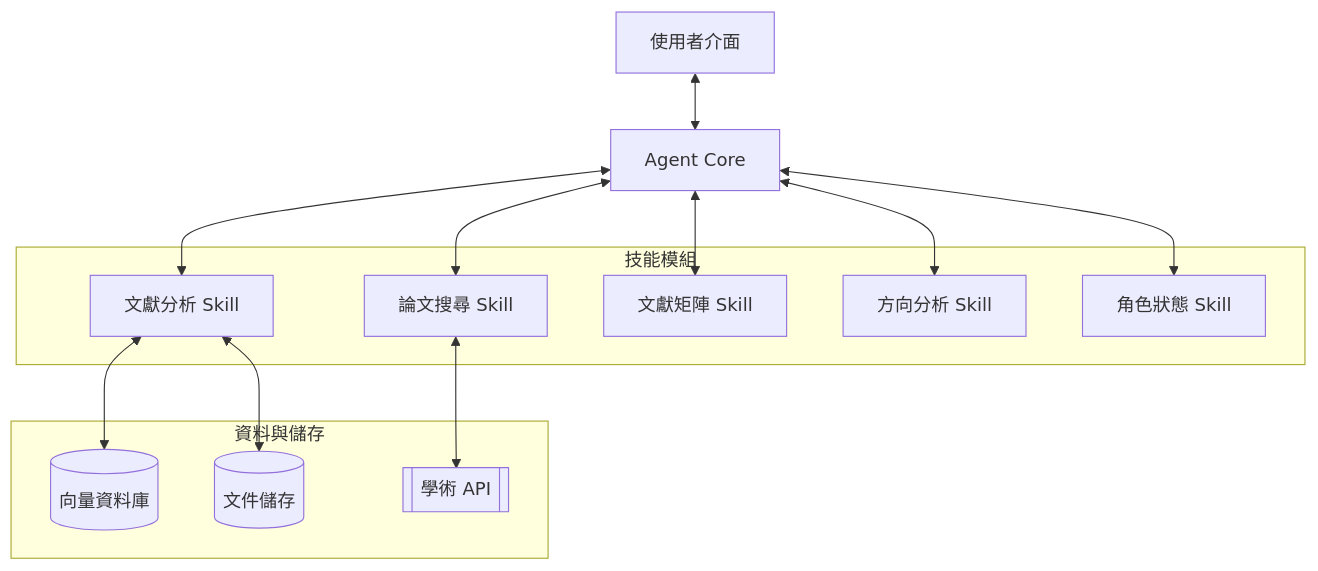
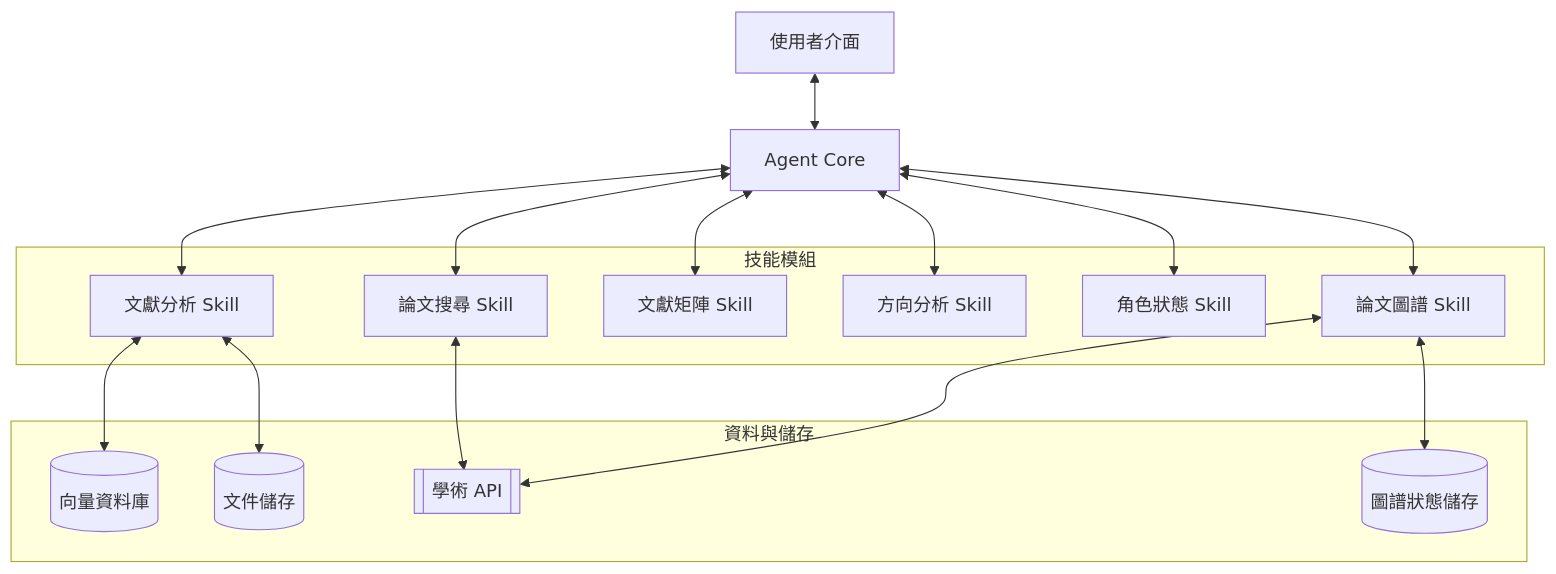
The first of 2 diagrams in 架構/ARCHITECTURE.md (squidj193-sudo/ai-final), drawn with Mermaid before and after one commit. The commit also changed other lines of this file and 6 other files, not shown here.

Commit message:
feat: add Knowledge Graph spec, update architecture, and setup dev environments

````diff
--- a/架構/ARCHITECTURE.md
+++ b/架構/ARCHITECTURE.md
@@ -9,28 +9,33 @@
 ```mermaid
 flowchart TD
     User[使用者介面] <--> Core[Agent Core]
     
     subgraph Skills [技能模組]
         Search[論文搜尋 Skill]
         Analysis[文獻分析 Skill]
         Matrix[文獻矩陣 Skill]
         Direction[方向分析 Skill]
         State[角色狀態 Skill]
+        Graph[論文圖譜 Skill]
     end
     
     Core <--> Search
     Core <--> Analysis
     Core <--> Matrix
     Core <--> Direction
     Core <--> State
+    Core <--> Graph
     
     subgraph Data [資料與儲存]
         VectorDB[(向量資料庫)]
         DocStore[(文件儲存)]
         APIs[[學術 API]]
+        GraphDB[(圖譜狀態儲存)]
     end
     
     Search <--> APIs
     Analysis <--> VectorDB
     Analysis <--> DocStore
+    Graph <--> APIs
+    Graph <--> GraphDB
 ```
````
